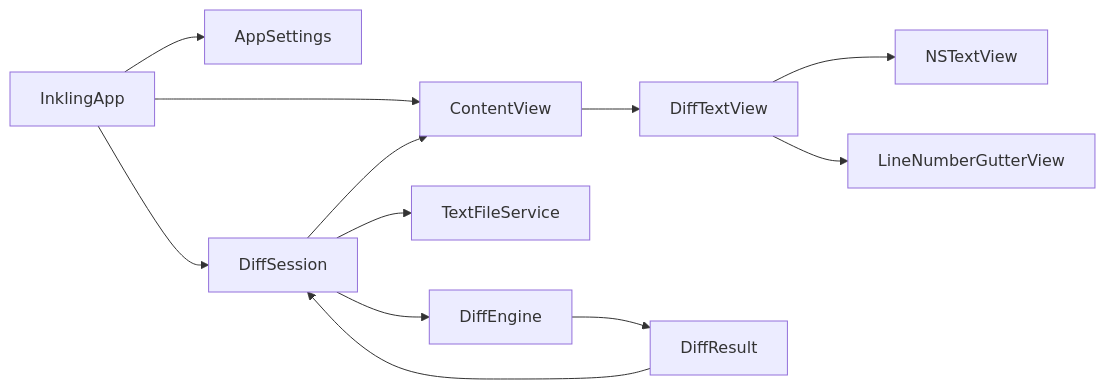
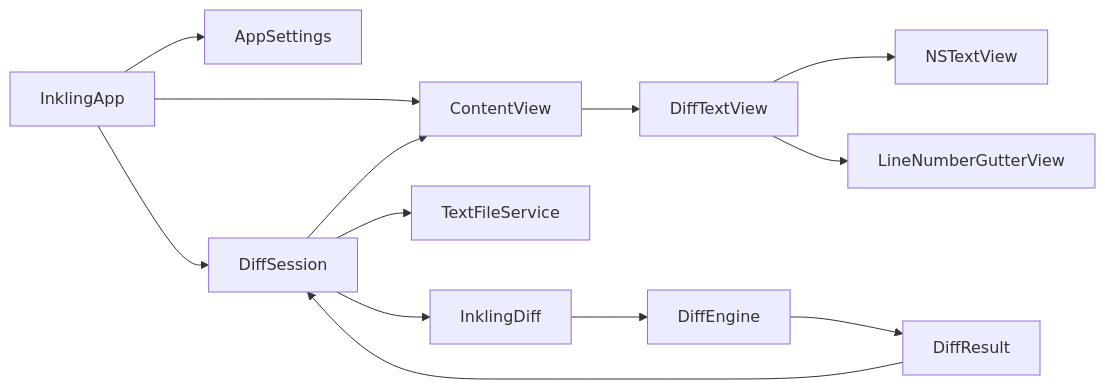
The first of 2 diagrams in ARCHITECTURE.md (lamchau/inkling), drawn with Mermaid before and after one commit. The commit also changed other lines of this file and 4 other files, not shown here.

````diff
--- a/ARCHITECTURE.md
+++ b/ARCHITECTURE.md
@@ -9,14 +9,15 @@
 ```mermaid
 flowchart LR
     App[InklingApp] --> View[ContentView]
     App --> Settings[AppSettings]
     App --> Session[DiffSession]
     View --> Bridge[DiffTextView]
     Bridge --> Editor[NSTextView]
     Bridge --> Gutter[LineNumberGutterView]
     Session --> Files[TextFileService]
-    Session --> Engine[DiffEngine]
+    Session --> Library[InklingDiff]
+    Library --> Engine[DiffEngine]
     Engine --> Result[DiffResult]
     Result --> Session
     Session --> View
 ```
````
